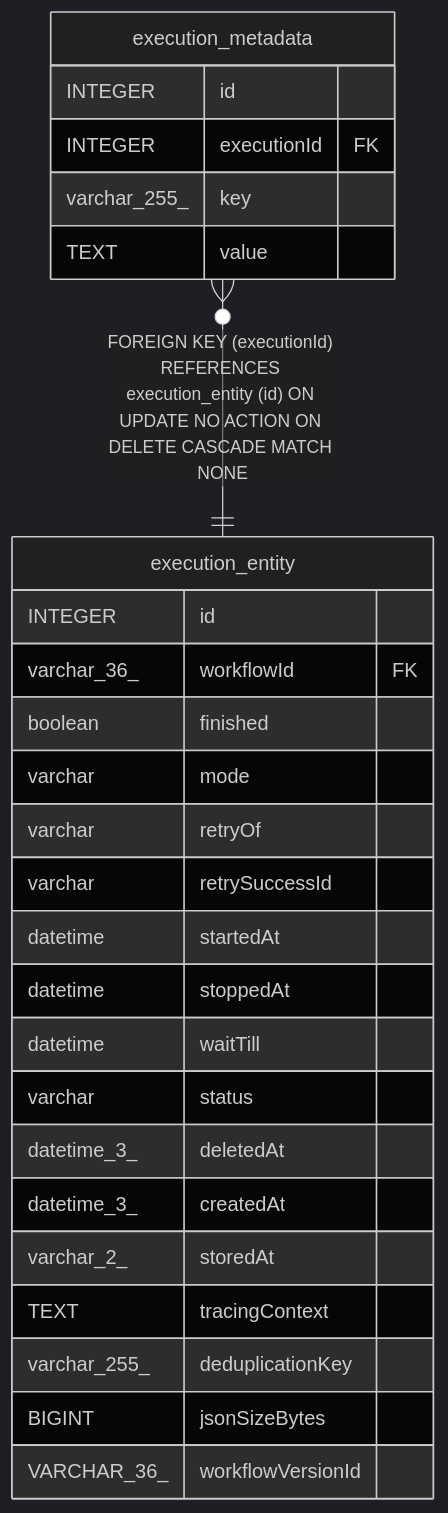
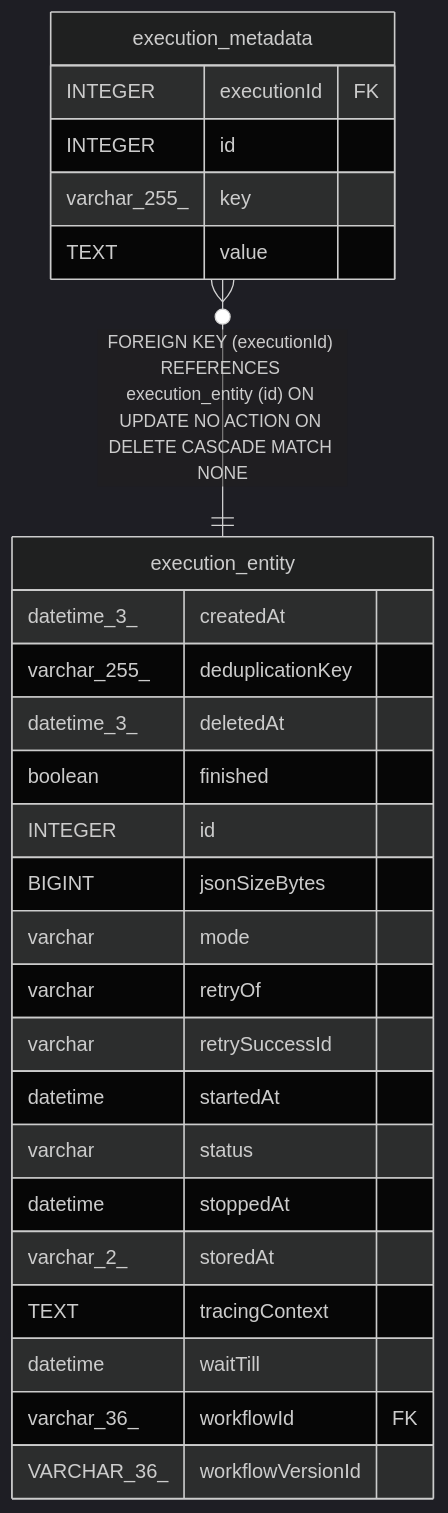
Before and after one commit to mayankjain1815-commits/n8n: the diagram in docs/generated/sqlite-schema/execution_metadata.md, drawn with Mermaid (dark theme). The commit also changed other lines of this file and 221 other files, not shown here.

Commit message:
chore(core): Make DB schema docs generation deterministic (#32373)

````diff
--- a/docs/generated/sqlite-schema/execution_metadata.md
+++ b/docs/generated/sqlite-schema/execution_metadata.md
@@ -38,31 +38,31 @@
 ```mermaid
 erDiagram
 
 "execution_metadata" }o--|| "execution_entity" : "FOREIGN KEY (executionId) REFERENCES execution_entity (id) ON UPDATE NO ACTION ON DELETE CASCADE MATCH NONE"
 
 "execution_metadata" {
+  INTEGER executionId FK
   INTEGER id
-  INTEGER executionId FK
   varchar_255_ key
   TEXT value
 }
 "execution_entity" {
+  datetime_3_ createdAt
+  varchar_255_ deduplicationKey
+  datetime_3_ deletedAt
+  boolean finished
   INTEGER id
-  varchar_36_ workflowId FK
-  boolean finished
+  BIGINT jsonSizeBytes
   varchar mode
   varchar retryOf
   varchar retrySuccessId
   datetime startedAt
+  varchar status
   datetime stoppedAt
-  datetime waitTill
-  varchar status
-  datetime_3_ deletedAt
-  datetime_3_ createdAt
   varchar_2_ storedAt
   TEXT tracingContext
-  varchar_255_ deduplicationKey
-  BIGINT jsonSizeBytes
+  datetime waitTill
+  varchar_36_ workflowId FK
   VARCHAR_36_ workflowVersionId
 }
 ```
````
